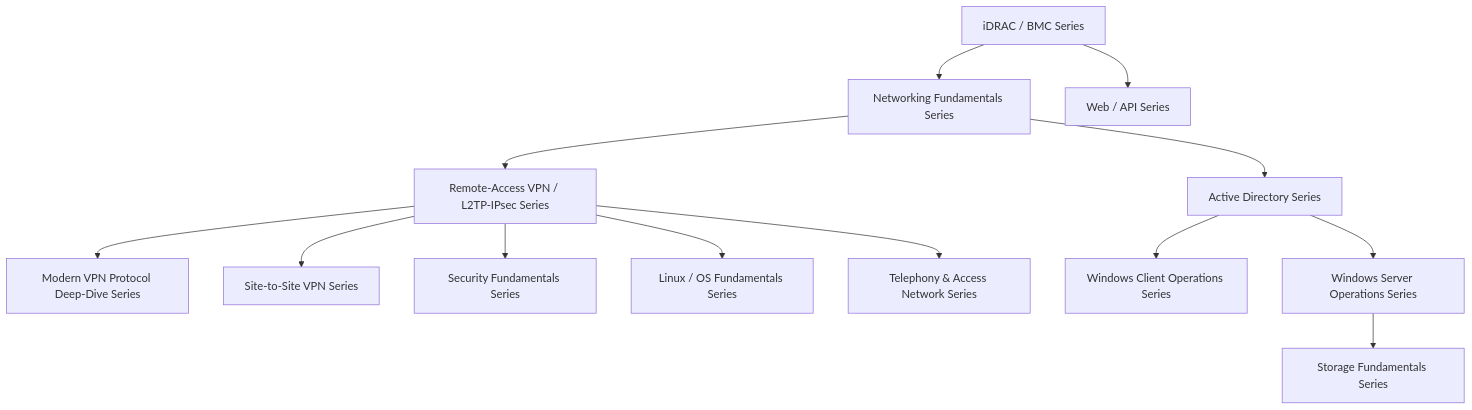
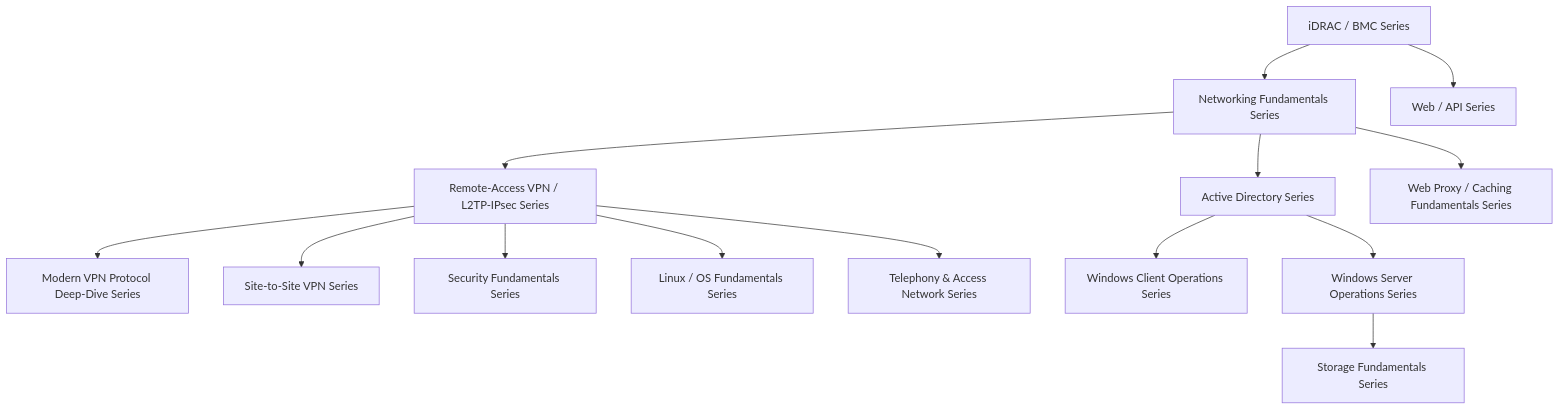
Before and after one commit to koikoi1998/koikoi-blog-20260723: the diagram in src/pages/en/sitemap.md, drawn with Mermaid. The commit also changed other lines of this file and 7 other files, not shown here.

````diff
--- a/src/pages/en/sitemap.md
+++ b/src/pages/en/sitemap.md
@@ -22,29 +22,31 @@
 ```mermaid
 graph TB
     Idrac["iDRAC / BMC Series"]
     Network["Networking Fundamentals Series"]
     Vpn["Remote-Access VPN / L2TP-IPsec Series"]
     ModernVpn["Modern VPN Protocol Deep-Dive Series"]
     SiteToSite["Site-to-Site VPN Series"]
     Security["Security Fundamentals Series"]
     Linux["Linux / OS Fundamentals Series"]
     Telephony["Telephony & Access Network Series"]
     Api["Web / API Series"]
     ActiveDirectory["Active Directory Series"]
     WindowsClient["Windows Client Operations Series"]
     WindowsServer["Windows Server Operations Series"]
     Storage["Storage Fundamentals Series"]
+    WebProxy["Web Proxy / Caching Fundamentals Series"]
 
     Idrac --> Network
     Idrac --> Api
     Network --> Vpn
     Vpn --> ModernVpn
     Vpn --> SiteToSite
     Vpn --> Security
     Vpn --> Linux
     Vpn --> Telephony
     Network --> ActiveDirectory
     ActiveDirectory --> WindowsClient
     ActiveDirectory --> WindowsServer
     WindowsServer --> Storage
+    Network --> WebProxy
 ```
````
